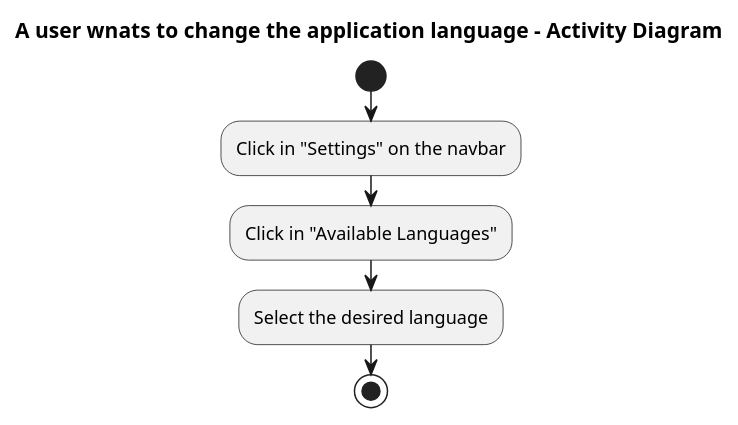
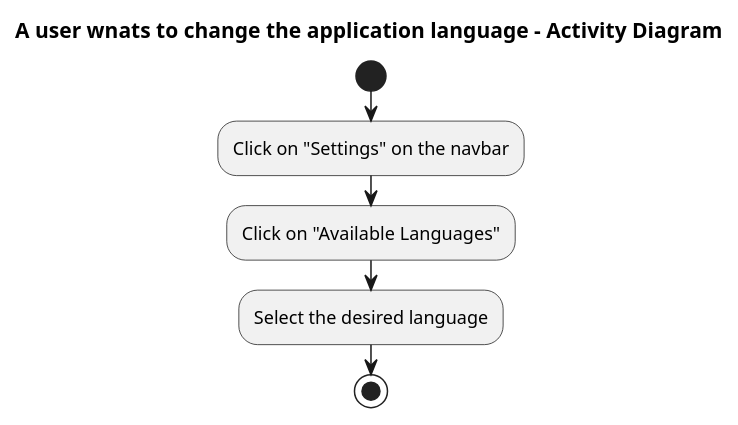
The diagram in src/docs/diagrams/06-06_ChangeLanguage.puml (Arquisoft/viade_en1b), drawn with PlantUML before and after one commit. The commit also changed 5 other files, not shown here.

```diff
--- a/src/docs/diagrams/06-06_ChangeLanguage.puml
+++ b/src/docs/diagrams/06-06_ChangeLanguage.puml
@@ -1,11 +1,11 @@
 title A user wnats to change the application language - Activity Diagram 
 
 start
 
-:Click in "Settings" on the navbar;
+:Click on "Settings" on the navbar;
 
-:Click in "Available Languages";
+:Click on "Available Languages";
 
 :Select the desired language;
 
 stop
```
